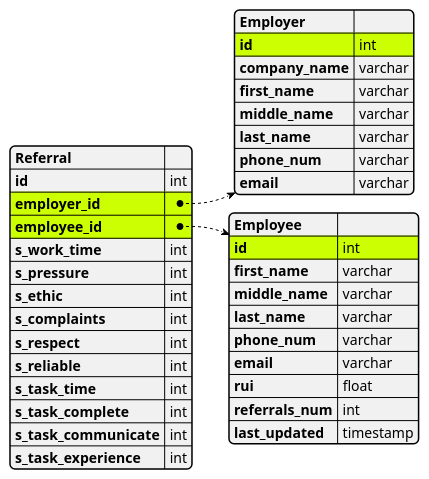
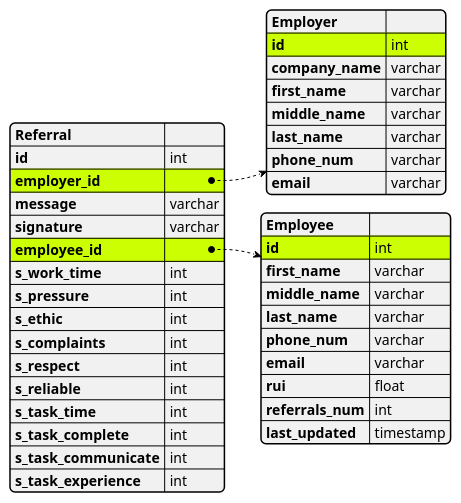
Before and after one commit to davidseddy1/ReputationIndex: the diagram in docs/UML/DB_Schema.puml, drawn with PlantUML.

Commit message:
Updating with signature and message

```diff
--- a/docs/UML/DB_Schema.puml
+++ b/docs/UML/DB_Schema.puml
@@ -1,42 +1,44 @@
 @startjson
 #highlight "employer_id"
 #highlight "employee_id"
 #highlight "employee_id" / "id"
 #highlight "employer_id" / "id"
 {
     "Referral" : "",
     "id" : "int",
     "employer_id" : {
         "Employer" : "",
         "id" : "int",
         "company_name" : "varchar",        
         "first_name" : "varchar",
         "middle_name" : "varchar",
         "last_name"  : "varchar",
         "phone_num" : "varchar",
         "email" : "varchar"
     },
+    "message" : "varchar",
+    "signature" : "varchar",
     "employee_id" : {
         "Employee" : "",
         "id" : "int",        
         "first_name" : "varchar",
         "middle_name" : "varchar",
         "last_name"  : "varchar",
         "phone_num" : "varchar",
         "email" : "varchar",
         "rui" : "float",        
         "referrals_num" : "int",
         "last_updated" : "timestamp"
     },
     "s_work_time" : "int",
     "s_pressure" : "int",
     "s_ethic" : "int",
     "s_complaints" : "int",
     "s_respect" : "int",
     "s_reliable" : "int",
     "s_task_time" : "int",
     "s_task_complete" : "int",
     "s_task_communicate" : "int",
     "s_task_experience" : "int"
 }
 @endjson
```
